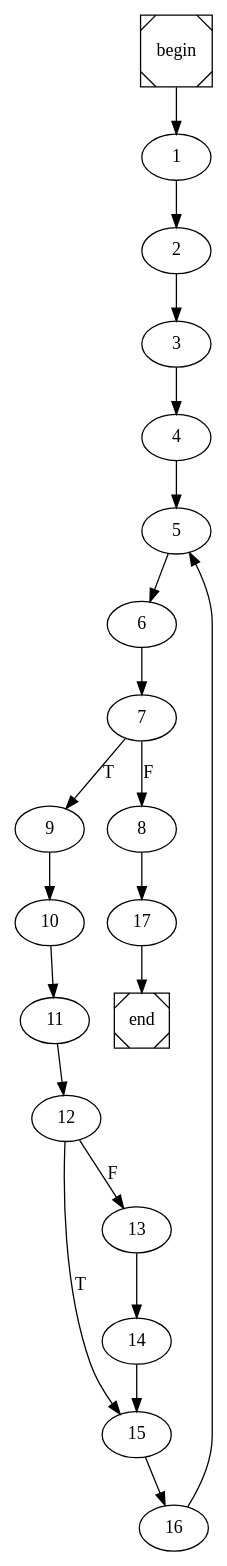
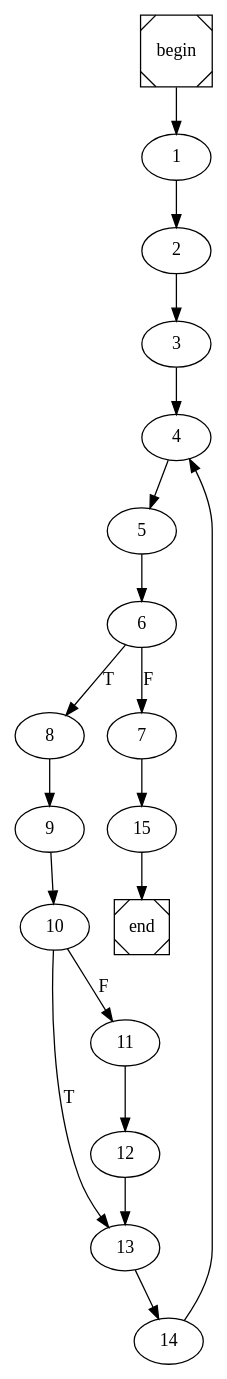
Before and after one commit to pedrojfs17/FEUP-COMP: the diagram in find_maximum.dot, drawn with Graphviz. The commit also changed 39 other files, not shown here.

```diff
--- a/find_maximum.dot
+++ b/find_maximum.dot
@@ -1,4 +1,4 @@
 digraph cfg {
 	begin [shape=Msquare];
 	end [shape=Msquare];
-	begin -> 1;	1 -> 2;	2 -> 3;	3 -> 4;	4 -> 5;	5 -> 6;	6 -> 7;	7 -> 9[label=T];	7 -> 8[label=F];	8 -> 17;	9 -> 10;	10 -> 11;	11 -> 12;	12 -> 15[label=T];	12 -> 13[label=F];	13 -> 14;	14 -> 15;	15 -> 16;	16 -> 5;	17 -> end;}
+	begin -> 1;	1 -> 2;	2 -> 3;	3 -> 4;	4 -> 5;	5 -> 6;	6 -> 8[label=T];	6 -> 7[label=F];	7 -> 15;	8 -> 9;	9 -> 10;	10 -> 13[label=T];	10 -> 11[label=F];	11 -> 12;	12 -> 13;	13 -> 14;	14 -> 4;	15 -> end;}
```
